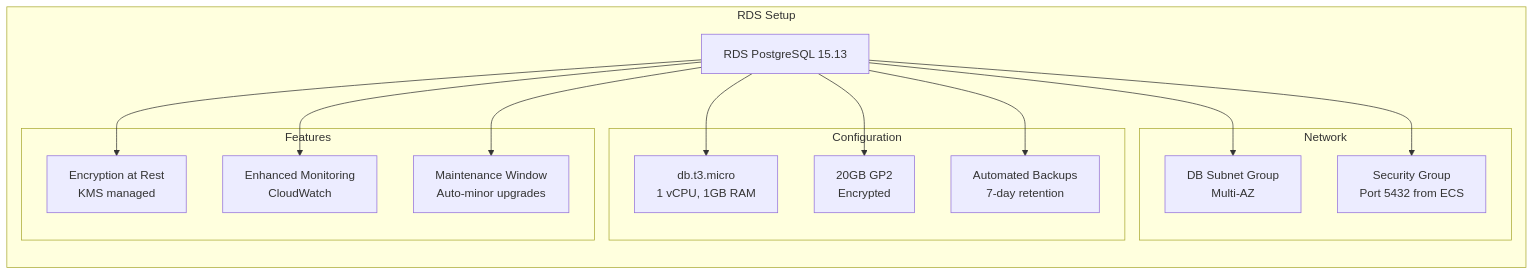
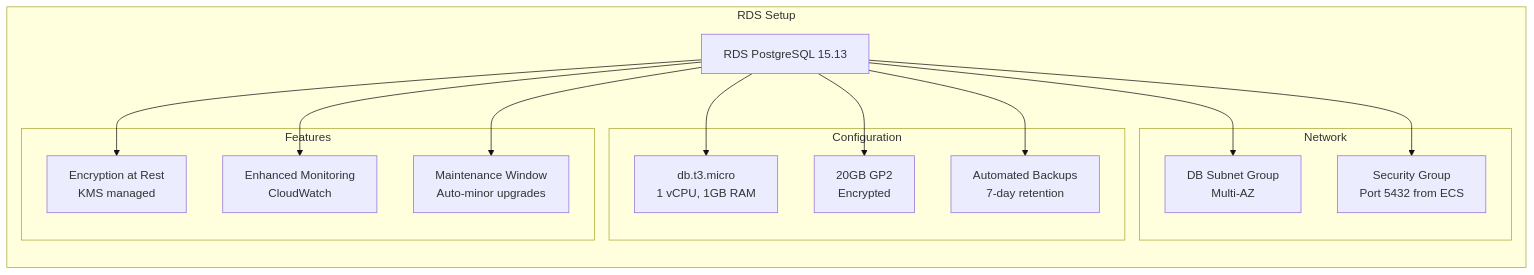
One commit to chintamanil/cybershield changed the third of 11 diagrams in docs/aws-infrastructure.md. Above: the diagram before and after it, drawn with Mermaid. The commit also changed other lines of this file and 5 other files, not shown here.

````diff
--- a/docs/aws-infrastructure.md
+++ b/docs/aws-infrastructure.md
@@ -238,32 +116,35 @@
 ```mermaid
 graph LR
     subgraph "RDS Setup"
         RDS[RDS PostgreSQL 15.13]
-        
+
         subgraph "Configuration"
             Instance[db.t3.micro<br/>1 vCPU, 1GB RAM]
             Storage[20GB GP2<br/>Encrypted]
             Backup[Automated Backups<br/>7-day retention]
         end
-        
+
         subgraph "Network"
             SubnetGroup[DB Subnet Group<br/>Multi-AZ]
             SecurityGroup[Security Group<br/>Port 5432 from ECS]
         end
-        
+
         subgraph "Features"
             Encryption[Encryption at Rest<br/>KMS managed]
             Monitoring[Enhanced Monitoring<br/>CloudWatch]
             MaintenanceWindow[Maintenance Window<br/>Auto-minor upgrades]
         end
     end
-    
+
     RDS --> Instance
-    RDS --> Storage  
+    RDS --> Storage
     RDS --> Backup
     RDS --> SubnetGroup
     RDS --> SecurityGroup
     RDS --> Encryption
     RDS --> Monitoring
     RDS --> MaintenanceWindow
+
+    %% Darker Arrow Styling
+    linkStyle default stroke:#111,stroke-width:1px
 ```
````
